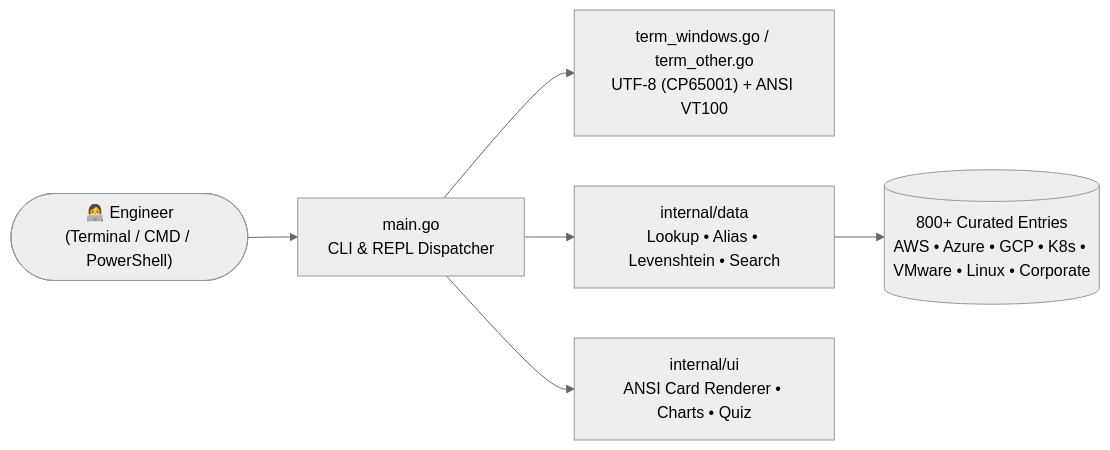
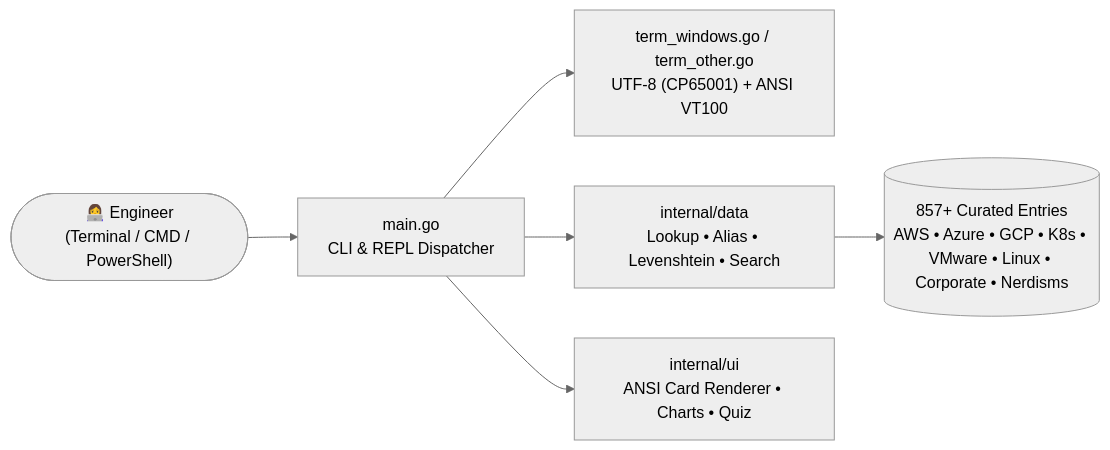
Before and after one commit to espresso20/acronomicon: the diagram in README.md, drawn with Mermaid (neutral theme). The commit also changed other lines of this file and 3 other files, not shown here.

````diff
--- a/README.md
+++ b/README.md
@@ -323,8 +354,8 @@
 ```mermaid
 flowchart LR
     User(["👩‍💻 Engineer\n(Terminal / CMD / PowerShell)"]) --> CLI["main.go\nCLI & REPL Dispatcher"]
     CLI --> TermInit["term_windows.go / term_other.go\nUTF-8 (CP65001) + ANSI VT100"]
     CLI --> Engine["internal/data\nLookup • Alias • Levenshtein • Search"]
-    Engine --> DB[("800+ Curated Entries\nAWS • Azure • GCP • K8s • VMware • Linux • Corporate")]
+    Engine --> DB[("857+ Curated Entries\nAWS • Azure • GCP • K8s • VMware • Linux • Corporate • Nerdisms")]
     CLI --> UI["internal/ui\nANSI Card Renderer • Charts • Quiz"]
 ```
````
